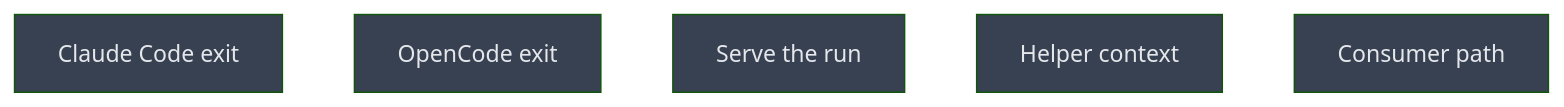
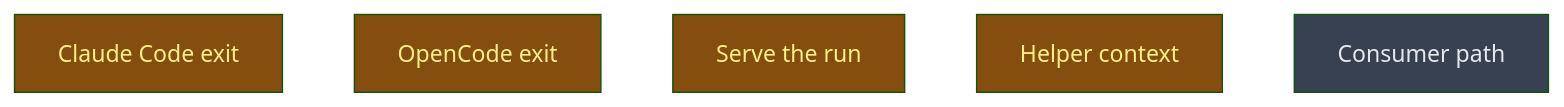
Before and after one commit to CrackingShells/Candler: the diagram in __roadmap__/run_context/readers/README.md, drawn with Mermaid (forest theme). The commit also changed other lines of this file and 1 other file, not shown here.

Commit message:
rdm(evaluation): close the schema leaf and open level 2
The schema leaf is merged, so the readers level starts: both trace
readers, the serving in assemble/materialise and the Python helper
run in parallel, each on its own worktree.

````diff
--- a/__roadmap__/run_context/readers/README.md
+++ b/__roadmap__/run_context/readers/README.md
@@ -17,13 +17,13 @@
 ```mermaid
 graph TD
-    cc_reader_exit[Claude Code exit]:::planned
-    oc_reader_exit[OpenCode exit]:::planned
-    serve_context[Serve the run]:::planned
-    helper_context[Helper context]:::planned
+    cc_reader_exit[Claude Code exit]:::inprogress
+    oc_reader_exit[OpenCode exit]:::inprogress
+    serve_context[Serve the run]:::inprogress
+    helper_context[Helper context]:::inprogress
     e2e[Consumer path]:::planned
     classDef done       fill:#166534,color:#bbf7d0
     classDef inprogress fill:#854d0e,color:#fef08a
     classDef planned    fill:#374151,color:#e5e7eb
     classDef amendment  fill:#1e3a5f,color:#bfdbfe
     classDef blocked    fill:#7f1d1d,color:#fecaca
 ```
````
